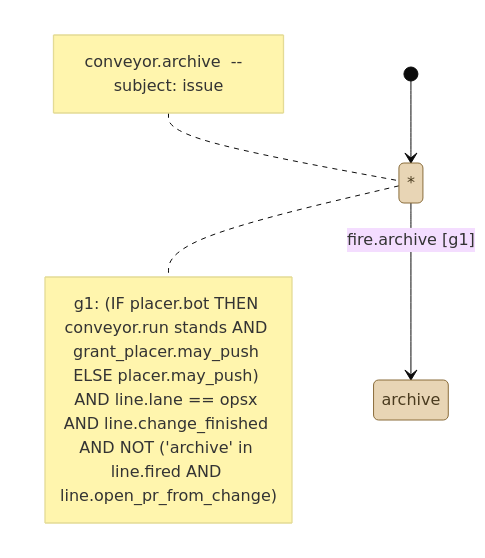
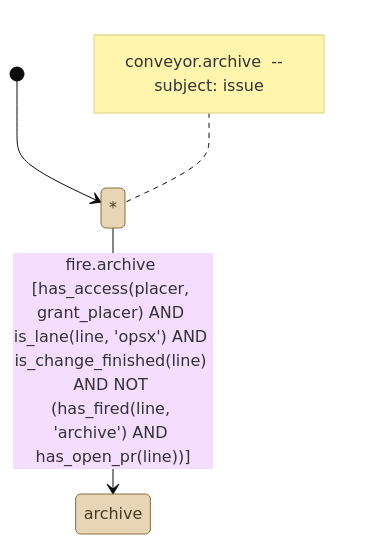
The diagram in .github/conveyor-model/mermaid/conveyor_archive.mmd (kostiantyn-matsebora/agent-ops-operator), drawn with Mermaid (base theme) before and after one commit. The commit also changed 9 other files, not shown here.

```diff
--- a/.github/conveyor-model/mermaid/conveyor_archive.mmd
+++ b/.github/conveyor-model/mermaid/conveyor_archive.mmd
@@ -1,19 +1,16 @@
 stateDiagram-v2
     [*] --> any_state
     note left of any_state
         conveyor.archive  --  subject: issue
     end note
     classDef stationState fill:#e8d5b5,stroke:#8a6d3b,color:#4a3b1f
     classDef loopState fill:#c9e4de,stroke:#2f6b5e,color:#1a3b33
     state "*" as any_state
     state none
     state implement
     state fix
     state merge
     state archive
     state stalled
-    any_state --> archive : fire.archive [g1]
+    any_state --> archive : fire.archive [has_access(placer, grant_placer) AND is_lane(line, 'opsx') AND is_change_finished(line) AND NOT (has_fired(line, 'archive') AND has_open_pr(line))]
     class none, implement, fix, merge, archive, stalled, any_state stationState
-    note right of any_state
-        g1: (IF placer.bot THEN conveyor.run stands AND grant_placer.may_push ELSE placer.may_push) AND line.lane == opsx AND line.change_finished AND NOT ('archive' in line.fired AND line.open_pr_from_change)
-    end note
```
